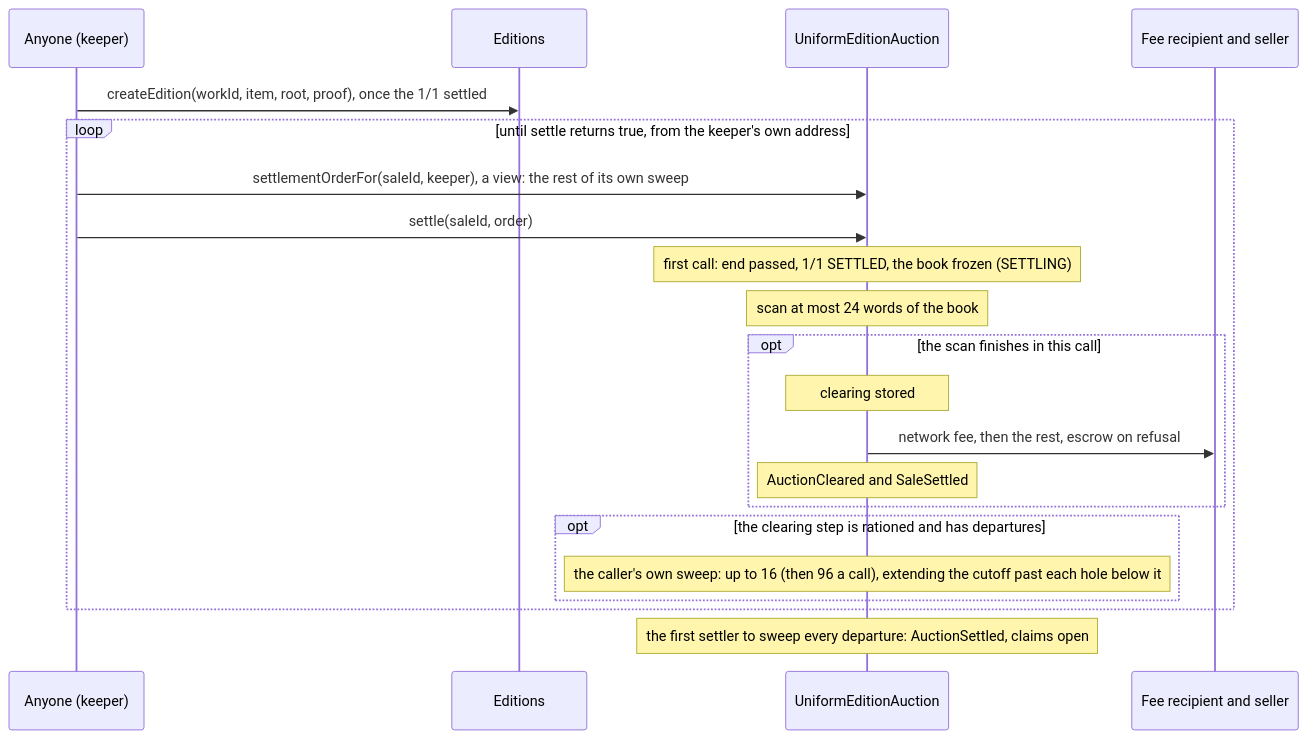
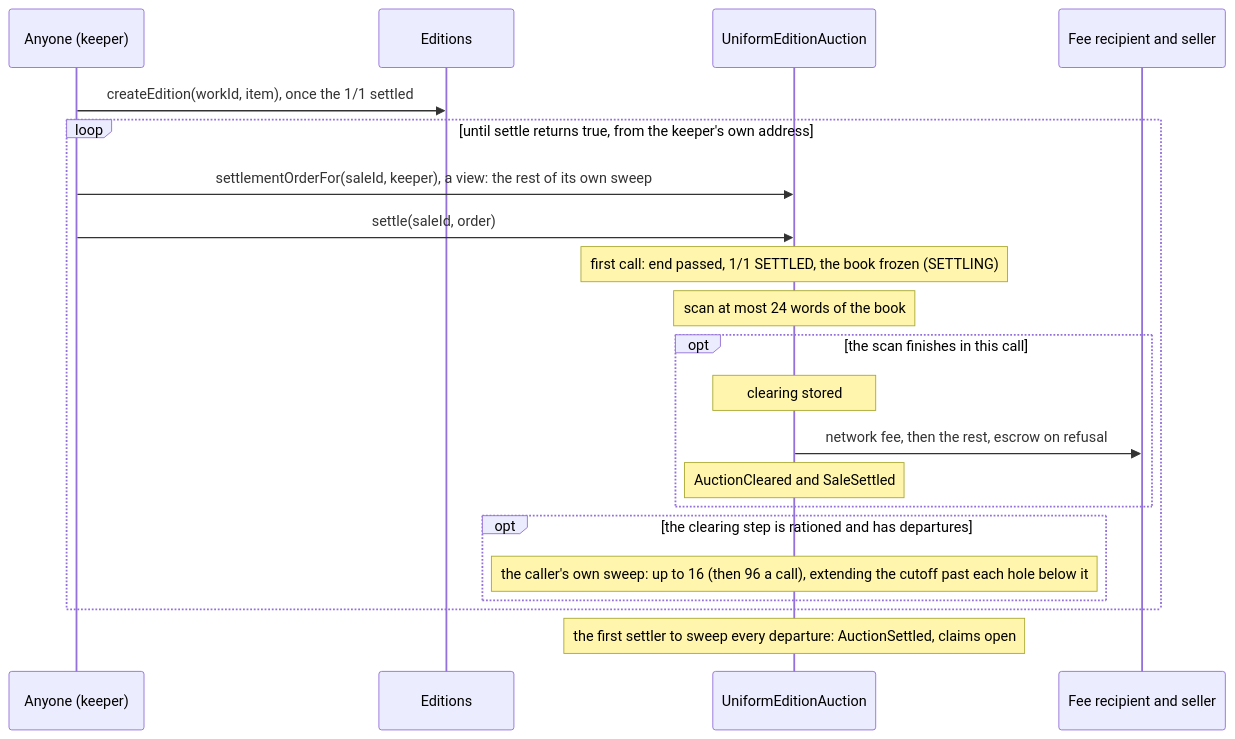
The seventh of 9 diagrams in docs/spec/editions-and-sales.md (6529-Collections/6529-works), drawn with Mermaid before and after one commit. The commit also changed other lines of this file and 369 other files, not shown here.

````diff
--- a/docs/spec/editions-and-sales.md
+++ b/docs/spec/editions-and-sales.md
@@ -567,23 +653,23 @@
 ```mermaid
 sequenceDiagram
     participant Keeper as Anyone (keeper)
     participant Ed as Editions
     participant EA as UniformEditionAuction
     participant Pay as Fee recipient and seller
-    Keeper->>Ed: createEdition(workId, item, root, proof), once the 1/1 settled
+    Keeper->>Ed: createEdition(workId, item), once the 1/1 settled
     loop until settle returns true, from the keeper's own address
         Keeper->>EA: settlementOrderFor(saleId, keeper), a view: the rest of its own sweep
         Keeper->>EA: settle(saleId, order)
         Note over EA: first call: end passed, 1/1 SETTLED, the book frozen (SETTLING)
         Note over EA: scan at most 24 words of the book
         opt the scan finishes in this call
             Note over EA: clearing stored
             EA->>Pay: network fee, then the rest, escrow on refusal
             Note over EA: AuctionCleared and SaleSettled
         end
         opt the clearing step is rationed and has departures
             Note over EA: the caller's own sweep: up to 16 (then 96 a call), extending the cutoff past each hole below it
         end
     end
     Note over EA: the first settler to sweep every departure: AuctionSettled, claims open
 ```
````
